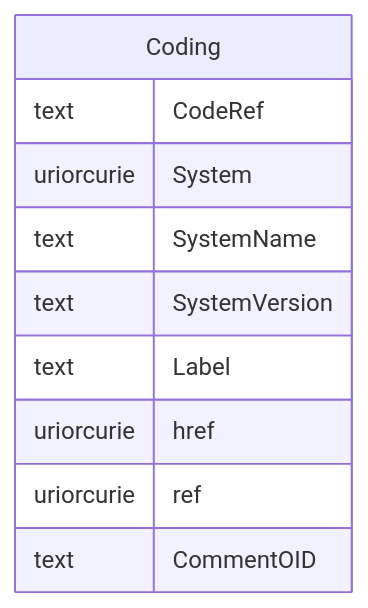
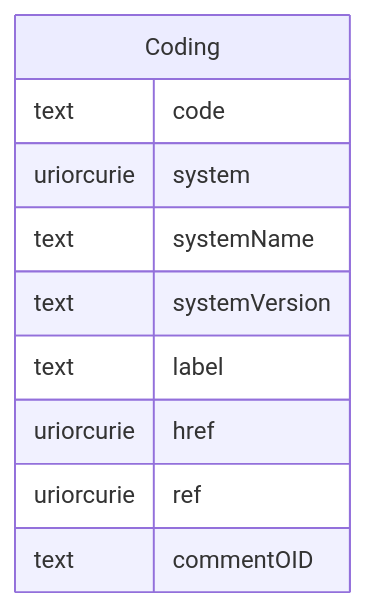
One commit to cdisc-org/DataExchange-ODM-LinkML changed the diagram in docs/Coding.md. Above: the diagram before and after it, drawn with Mermaid. The commit also changed other lines of this file and 759 other files, not shown here.

````diff
--- a/docs/Coding.md
+++ b/docs/Coding.md
@@ -11,16 +11,16 @@
 ```mermaid
 erDiagram
 Coding {
-    text CodeRef  
-    uriorcurie System  
-    text SystemName  
-    text SystemVersion  
-    text Label  
+    text code  
+    uriorcurie system  
+    text systemName  
+    text systemVersion  
+    text label  
     uriorcurie href  
     uriorcurie ref  
-    text CommentOID  
+    text commentOID  
 }
 
 
 
 ```
````
